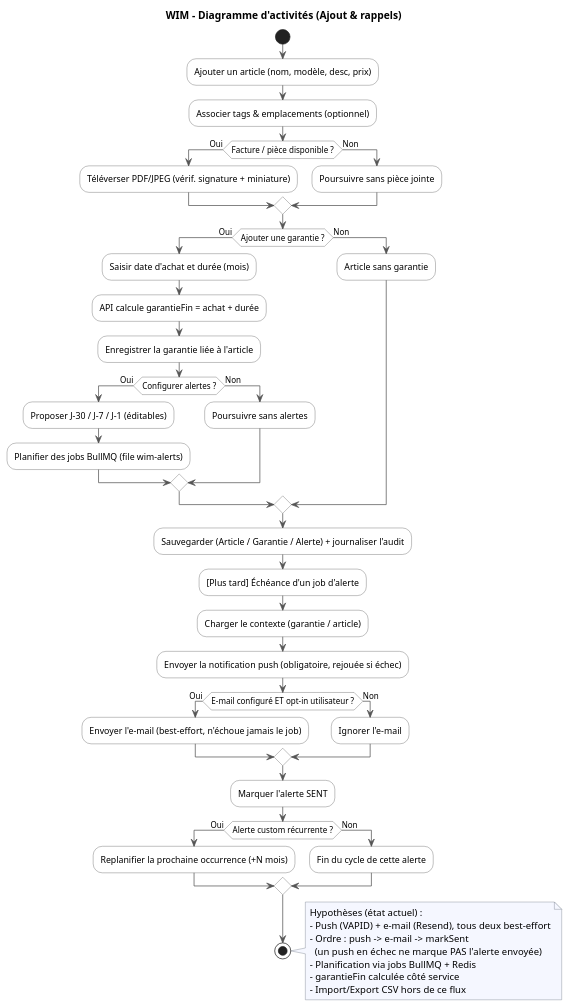
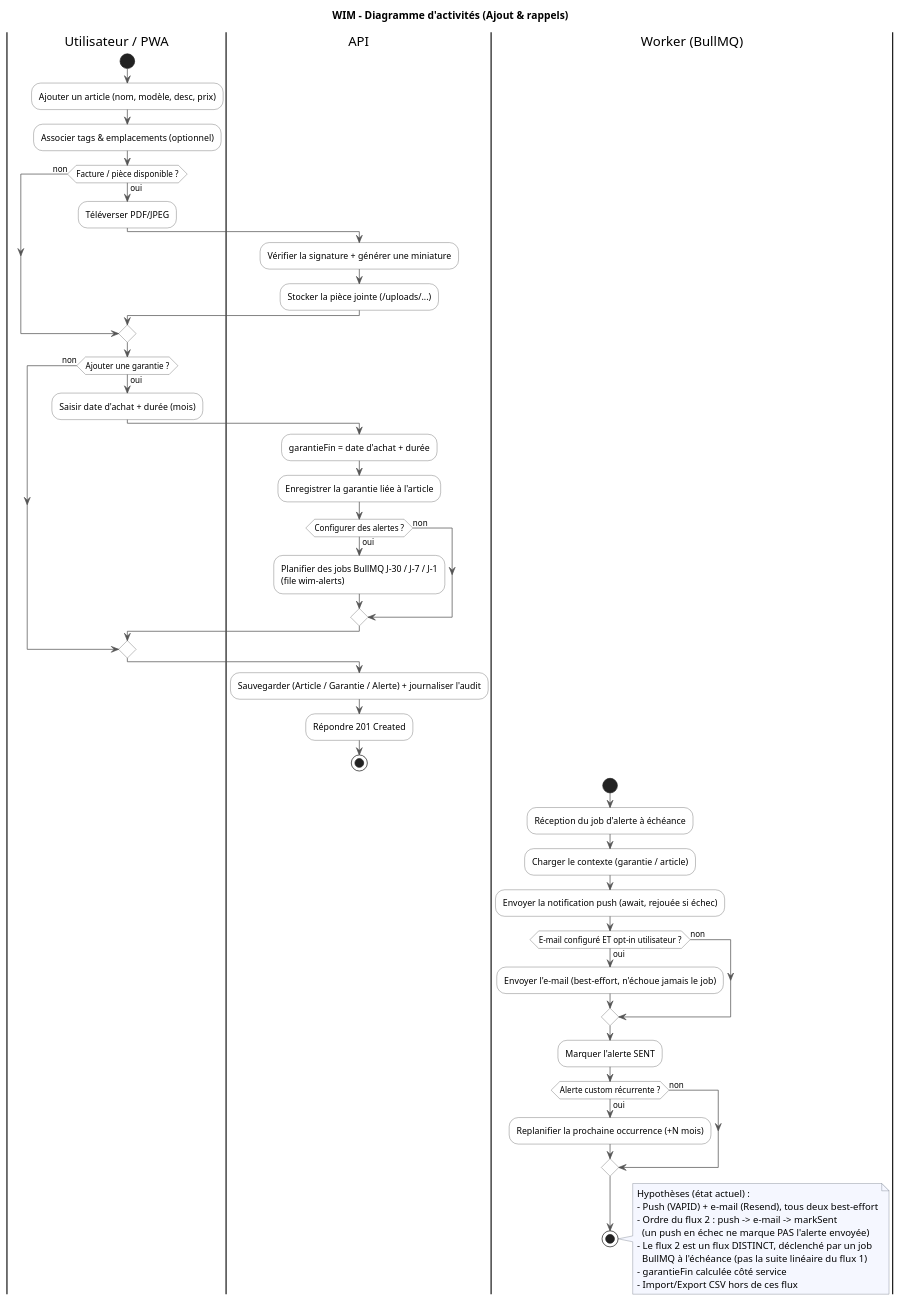
The diagram in docs/uml/02-activity-core-flows.puml (SGCSBorges/WIM), drawn with PlantUML before and after one commit. The commit also changed 3 other files, not shown here.

First line of the commit message:
docs(uml): fix activity-flow semantics + component-diagram notation

```diff
--- a/docs/uml/02-activity-core-flows.puml
+++ b/docs/uml/02-activity-core-flows.puml
@@ -1,65 +1,75 @@
 @startuml
 title WIM – Diagramme d'activités (Ajout & rappels)
 
 skinparam activity {
   BackgroundColor #ffffff
   BorderColor #555
   ArrowColor #555
 }
 skinparam noteBackgroundColor #F5F7FF
 skinparam noteBorderColor #6B7280
 
+' ─────────────────────────────────────────────────────────────
+' Flux 1 — synchrone : ajout d'un article (+ garantie + alertes)
+' Couloirs (swimlanes) = responsabilités.
+' ─────────────────────────────────────────────────────────────
+|Utilisateur / PWA|
 start
-
 :Ajouter un article (nom, modèle, desc, prix);
 :Associer tags & emplacements (optionnel);
-if (Facture / pièce disponible ?) then (Oui)
-  :Téléverser PDF/JPEG (vérif. signature + miniature);
-else (Non)
-  :Poursuivre sans pièce jointe;
+if (Facture / pièce disponible ?) then (oui)
+  :Téléverser PDF/JPEG;
+  |API|
+  :Vérifier la signature + générer une miniature;
+  :Stocker la pièce jointe (/uploads/...);
+else (non)
 endif
+|Utilisateur / PWA|
+if (Ajouter une garantie ?) then (oui)
+  :Saisir date d'achat + durée (mois);
+  |API|
+  :garantieFin = date d'achat + durée;
+  :Enregistrer la garantie liée à l'article;
+  if (Configurer des alertes ?) then (oui)
+    :Planifier des jobs BullMQ J-30 / J-7 / J-1\n(file wim-alerts);
+  else (non)
+  endif
+else (non)
+  |API|
+endif
+:Sauvegarder (Article / Garantie / Alerte) + journaliser l'audit;
+:Répondre 201 Created;
+stop
 
-if (Ajouter une garantie ?) then (Oui)
-  :Saisir date d'achat et durée (mois);
-  :API calcule garantieFin = achat + durée;
-  :Enregistrer la garantie liée à l'article;
-  if (Configurer alertes ?) then (Oui)
-    :Proposer J-30 / J-7 / J-1 (éditables);
-    :Planifier des jobs BullMQ (file wim-alerts);
-  else (Non)
-    :Poursuivre sans alertes;
-  endif
-else (Non)
-  :Article sans garantie;
-endif
-
-:Sauvegarder (Article / Garantie / Alerte) + journaliser l'audit;
-
-' Déclenchement asynchrone d'un rappel planifié
-:[Plus tard] Échéance d'un job d'alerte;
+' ─────────────────────────────────────────────────────────────
+' Flux 2 — asynchrone : déclenché PLUS TARD par un job planifié
+' (séparé du flux 1 : il peut ne jamais s'exécuter s'il n'y a pas
+'  d'alerte, et survient à l'échéance, pas après la sauvegarde).
+' ─────────────────────────────────────────────────────────────
+|Worker (BullMQ)|
+start
+:Réception du job d'alerte à échéance;
 :Charger le contexte (garantie / article);
-:Envoyer la notification push (obligatoire, rejouée si échec);
-if (E-mail configuré ET opt-in utilisateur ?) then (Oui)
+:Envoyer la notification push (await, rejouée si échec);
+if (E-mail configuré ET opt-in utilisateur ?) then (oui)
   :Envoyer l'e-mail (best-effort, n'échoue jamais le job);
-else (Non)
-  :Ignorer l'e-mail;
+else (non)
 endif
 :Marquer l'alerte SENT;
-if (Alerte custom récurrente ?) then (Oui)
+if (Alerte custom récurrente ?) then (oui)
   :Replanifier la prochaine occurrence (+N mois);
-else (Non)
-  :Fin du cycle de cette alerte;
+else (non)
 endif
-
 stop
 
 note right
 Hypothèses (état actuel) :
 - Push (VAPID) + e-mail (Resend), tous deux best-effort
-- Ordre : push -> e-mail -> markSent
+- Ordre du flux 2 : push -> e-mail -> markSent
   (un push en échec ne marque PAS l'alerte envoyée)
-- Planification via jobs BullMQ + Redis
+- Le flux 2 est un flux DISTINCT, déclenché par un job
+  BullMQ à l'échéance (pas la suite linéaire du flux 1)
 - garantieFin calculée côté service
-- Import/Export CSV hors de ce flux
+- Import/Export CSV hors de ces flux
 end note
 @enduml
```
